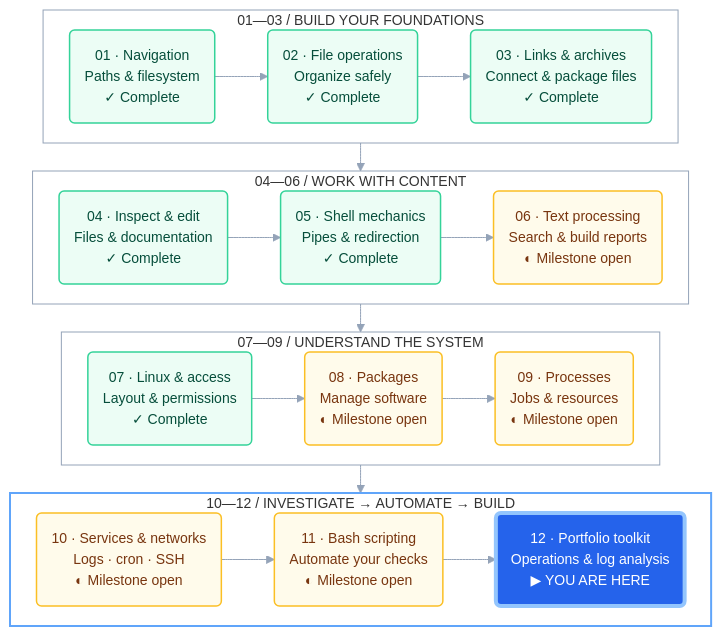
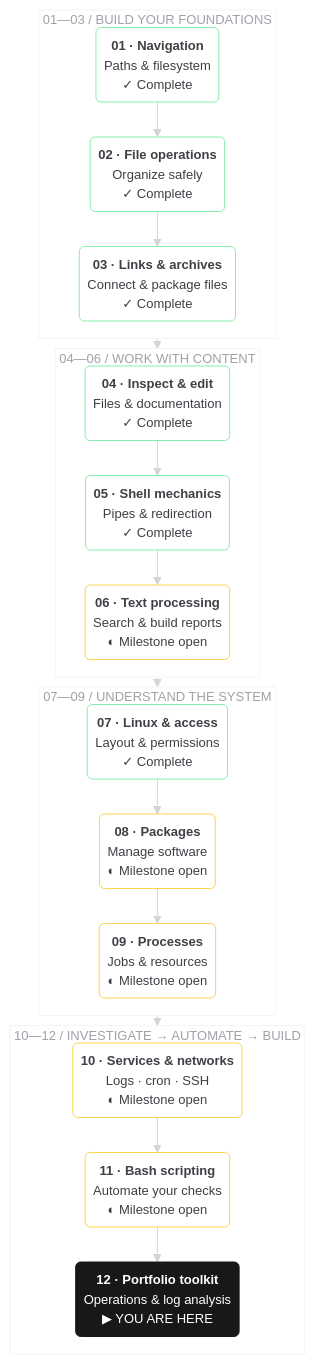
One commit to raf0411/learning changed the diagram in topics/linux/ROADMAP.md. Above: the diagram before and after it, drawn with Mermaid. The commit also changed other lines of this file and 4 other files, not shown here.

````diff
--- a/topics/linux/ROADMAP.md
+++ b/topics/linux/ROADMAP.md
@@ -21,51 +19,53 @@
 ```mermaid
-%%{init: {"flowchart": {"curve": "basis", "nodeSpacing": 20, "rankSpacing": 28}, "themeVariables": {"fontFamily": "Inter, ui-sans-serif, system-ui, sans-serif", "fontSize": "14px", "lineColor": "#94a3b8"}}}%%
+%%{init: {"theme": "base", "fontFamily": "Helvetica, Arial, sans-serif", "flowchart": {"curve": "linear", "nodeSpacing": 16, "rankSpacing": 10, "padding": 8, "htmlLabels": true, "wrappingWidth": 420}, "themeVariables": {"fontSize": "13px", "lineColor": "#d4d4d8", "titleColor": "#a1a1aa"}}}%%
 flowchart TB
     subgraph A["01—03  /  BUILD YOUR FOUNDATIONS"]
-        direction LR
-        P1("01 · Navigation<br/>Paths & filesystem<br/>✓ Complete")
-        P2("02 · File operations<br/>Organize safely<br/>✓ Complete")
-        P3("03 · Links & archives<br/>Connect & package files<br/>✓ Complete")
-        P1 --> P2 --> P3
+        direction TB
+        P1("<b>01 · Navigation</b><br/>Paths & filesystem<br/>✓ Complete")
+        P2("<b>02 · File operations</b><br/>Organize safely<br/>✓ Complete")
+        P3("<b>03 · Links & archives</b><br/>Connect & package files<br/>✓ Complete")
     end
 
     subgraph B["04—06  /  WORK WITH CONTENT"]
-        direction LR
-        P4("04 · Inspect & edit<br/>Files & documentation<br/>✓ Complete")
-        P5("05 · Shell mechanics<br/>Pipes & redirection<br/>✓ Complete")
-        P6("06 · Text processing<br/>Search & build reports<br/>◐ Milestone open")
-        P4 --> P5 --> P6
+        direction TB
+        P4("<b>04 · Inspect & edit</b><br/>Files & documentation<br/>✓ Complete")
+        P5("<b>05 · Shell mechanics</b><br/>Pipes & redirection<br/>✓ Complete")
+        P6("<b>06 · Text processing</b><br/>Search & build reports<br/>◐ Milestone open")
     end
 
     subgraph C["07—09  /  UNDERSTAND THE SYSTEM"]
-        direction LR
-        P7("07 · Linux & access<br/>Layout & permissions<br/>✓ Complete")
-        P8("08 · Packages<br/>Manage software<br/>◐ Milestone open")
-        P9("09 · Processes<br/>Jobs & resources<br/>◐ Milestone open")
-        P7 --> P8 --> P9
+        direction TB
+        P7("<b>07 · Linux & access</b><br/>Layout & permissions<br/>✓ Complete")
+        P8("<b>08 · Packages</b><br/>Manage software<br/>◐ Milestone open")
+        P9("<b>09 · Processes</b><br/>Jobs & resources<br/>◐ Milestone open")
     end
 
     subgraph D["10—12  /  INVESTIGATE → AUTOMATE → BUILD"]
-        direction LR
-        P10("10 · Services & networks<br/>Logs · cron · SSH<br/>◐ Milestone open")
-        P11("11 · Bash scripting<br/>Automate your checks<br/>◐ Milestone open")
-        P12("12 · Portfolio toolkit<br/>Operations & log analysis<br/>▶ YOU ARE HERE")
-        P10 --> P11 --> P12
+        direction TB
+        P10("<b>10 · Services & networks</b><br/>Logs · cron · SSH<br/>◐ Milestone open")
+        P11("<b>11 · Bash scripting</b><br/>Automate your checks<br/>◐ Milestone open")
+        P12("<b>12 · Portfolio toolkit</b><br/>Operations & log analysis<br/>▶ YOU ARE HERE")
     end
 
+    P1 --> P2 --> P3
+    P4 --> P5 --> P6
+    P7 --> P8 --> P9
+    P10 --> P11 --> P12
     A --> B --> C --> D
 
-    classDef done fill:#ecfdf5,stroke:#34d399,color:#064e3b,stroke-width:1.5px;
-    classDef review fill:#fffbeb,stroke:#fbbf24,color:#78350f,stroke-width:1.5px;
-    classDef current fill:#2563eb,stroke:#93c5fd,color:#ffffff,stroke-width:4px;
-    classDef future fill:#f1f5f9,stroke:#94a3b8,color:#475569,stroke-width:1.5px,stroke-dasharray:5 4;
+    classDef done fill:#ffffff,stroke:#86efac,color:#3f3f46,stroke-width:1px;
+    classDef review fill:#ffffff,stroke:#fcd34d,color:#3f3f46,stroke-width:1px;
+    classDef current fill:#18181b,stroke:#18181b,color:#ffffff,stroke-width:1px;
+    classDef future fill:#ffffff,stroke:#e4e4e7,color:#a1a1aa,stroke-width:1px,stroke-dasharray:4 4;
 
     class P1,P2,P3,P4,P5,P7 done;
     class P6,P8,P9,P10,P11 review;
     class P12 current;
 
-    style A fill:transparent,stroke:#94a3b8,stroke-width:1px
-    style B fill:transparent,stroke:#94a3b8,stroke-width:1px
-    style C fill:transparent,stroke:#94a3b8,stroke-width:1px
-    style D fill:transparent,stroke:#60a5fa,stroke-width:2px
+    linkStyle default stroke:#d4d4d8,stroke-width:1px;
+
+    style A fill:none,stroke:#f4f4f5,color:#a1a1aa
+    style B fill:none,stroke:#f4f4f5,color:#a1a1aa
+    style C fill:none,stroke:#f4f4f5,color:#a1a1aa
+    style D fill:none,stroke:#f4f4f5,color:#a1a1aa
 ```
````
